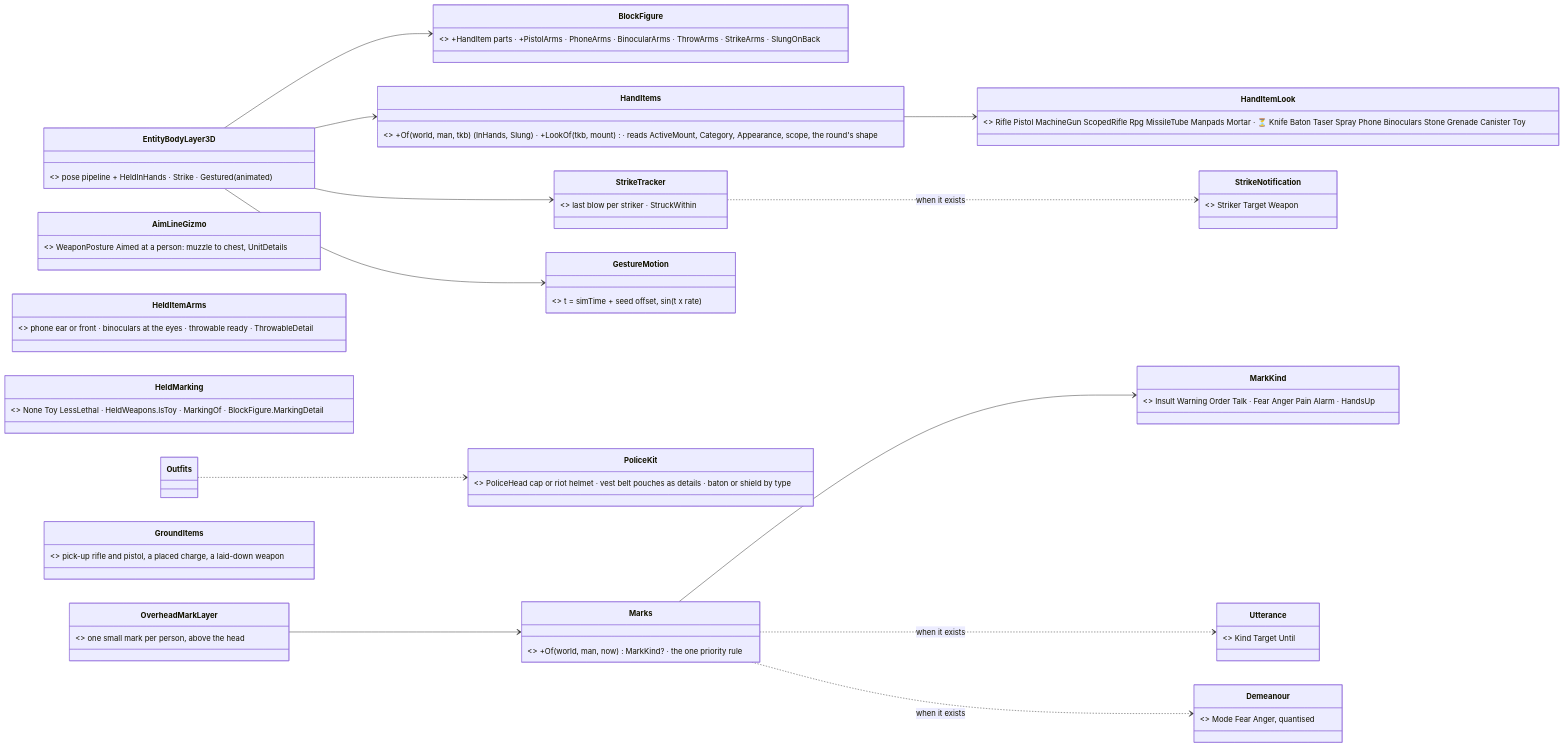
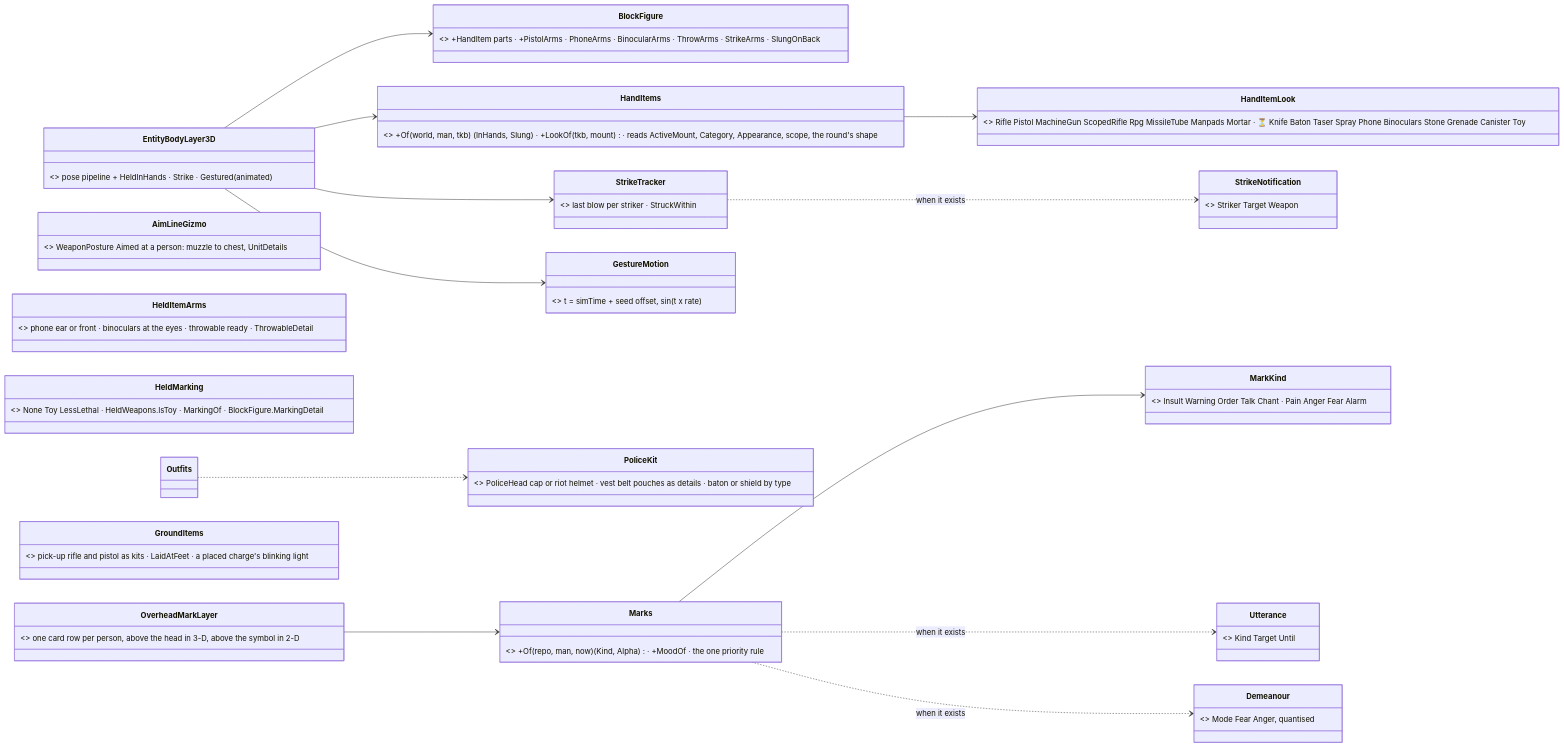
Before and after one commit to pjanec/HROT: the first of 6 diagrams in docs/DESIGN_People_Display.md, drawn with Mermaid. The commit also changed other lines of this file and 10 other files, not shown here.

First line of the commit message:
People display: speech marks (CE-1176), mood dot and face (CE-1177), laid-down weapon and the charge's light (CE-1179)

````diff
--- a/docs/DESIGN_People_Display.md
+++ b/docs/DESIGN_People_Display.md
@@ -75,32 +75,32 @@
 ```mermaid
 classDiagram
   direction LR
   class EntityBodyLayer3D { <<existing, grows>> pose pipeline + HeldInHands · Strike · Gestured(animated) }
   class BlockFigure { <<existing, grows>> +HandItem parts · +PistolArms · PhoneArms · BinocularArms · ThrowArms · StrikeArms · SlungOnBack }
   class HandItemLook { <<BUILT as HeldLook, CE-1236 — weapons>> Rifle Pistol MachineGun ScopedRifle Rpg MissileTube Manpads Mortar · ⏳ Knife Baton Taser Spray Phone Binoculars Stone Grenade Canister Toy }
   class HandItems { <<BUILT as HeldWeapons, pure, CE-1236>> +Of(world, man, tkb) (InHands, Slung) · +LookOf(tkb, mount) · reads ActiveMount, Category, Appearance, scope, the round's shape }
   class StrikeTracker { <<BUILT CE-1171, RecentShots shape>> last blow per striker · StruckWithin }
   class AimLineGizmo { <<BUILT CE-1170, IStatelessGizmo>> WeaponPosture Aimed at a person: muzzle to chest, UnitDetails }
   class HeldItemArms { <<BUILT CE-1169, BlockFigure partial>> phone ear or front · binoculars at the eyes · throwable ready · ThrowableDetail }
   class HeldMarking { <<BUILT CE-1173/1174>> None Toy LessLethal · HeldWeapons.IsToy · MarkingOf · BlockFigure.MarkingDetail }
   class GestureMotion { <<BUILT as GestureClock + GestureArms t, no class>> t = simTime + seed offset, sin(t x rate) }
   class PoliceKit { <<BUILT CE-1172 in Outfits + BlockFigure>> PoliceHead cap or riot helmet · vest belt pouches as details · baton or shield by type }
-  class OverheadMarkLayer { <<NEW IMapLayer, 2-D + 3-D>> one small mark per person, above the head }
-  class MarkKind { <<NEW>> Insult Warning Order Talk · Fear Anger Pain Alarm · HandsUp }
-  class Marks { <<NEW, pure>> +Of(world, man, now) MarkKind? · the one priority rule }
-  class GroundItems { <<in ProjectileLayer / body kits>> pick-up rifle and pistol, a placed charge, a laid-down weapon }
-  class Utterance { <<GAP G1 — backend + behaviors>> Kind Target Until }
-  class Demeanour { <<GAP G2 — backend + behaviors>> Mode Fear Anger, quantised }
+  class OverheadMarkLayer { <<BUILT as OverheadMarkGizmo CE-1176 CE-1177>> one card row per person, above the head in 3-D, above the symbol in 2-D }
+  class MarkKind { <<BUILT>> Insult Warning Order Talk Chant · Pain Anger Fear Alarm }
+  class Marks { <<BUILT, pure>> +Of(repo, man, now) (Kind, Alpha) · +MoodOf · the one priority rule }
+  class GroundItems { <<BUILT, CE-1179>> pick-up rifle and pistol as kits · LaidAtFeet · a placed charge's blinking light }
+  class Utterance { <<LANDED G1 CE-3264, no writer yet: behaviors CE-2249>> Kind Target Until }
+  class Demeanour { <<LANDED G2 CE-3265, no writer yet: behaviors CE-2250>> Mode Fear Anger, quantised }
   class StrikeNotification { <<GAP G3 — backend>> Striker Target Weapon }
   EntityBodyLayer3D --> BlockFigure
   EntityBodyLayer3D --> HandItems
   EntityBodyLayer3D --> StrikeTracker
   EntityBodyLayer3D --> GestureMotion
   HandItems --> HandItemLook
   OverheadMarkLayer --> Marks
   Marks --> MarkKind
   Marks ..> Utterance : when it exists
   Marks ..> Demeanour : when it exists
   StrikeTracker ..> StrikeNotification : when it exists
   Outfits ..> PoliceKit
 ```
````
